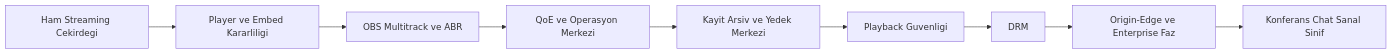
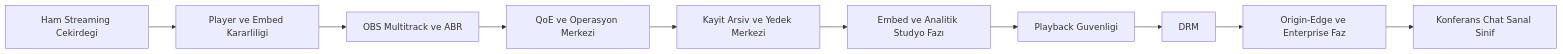
One commit to umitaydogan-sys/stream changed the first of 5 diagrams in yol_haritasi.md. Above: the diagram before and after it, drawn with Mermaid. The commit also changed other lines of this file and 15 other files, not shown here.

Commit message:
Embed studyosu analitik merkezi ve ABR profil fazini ekle

````diff
--- a/yol_haritasi.md
+++ b/yol_haritasi.md
@@ -10,11 +10,12 @@
 ```mermaid
 flowchart LR
     A[Ham Streaming Cekirdegi] --> B[Player ve Embed Kararliligi]
     B --> C[OBS Multitrack ve ABR]
     C --> D[QoE ve Operasyon Merkezi]
     D --> E[Kayit Arsiv ve Yedek Merkezi]
-    E --> F[Playback Guvenligi]
-    F --> G[DRM]
-    G --> H[Origin-Edge ve Enterprise Faz]
-    H --> I[Konferans Chat Sanal Sinif]
+    E --> F[Embed ve Analitik Studyo Fazı]
+    F --> G[Playback Guvenligi]
+    G --> H[DRM]
+    H --> I[Origin-Edge ve Enterprise Faz]
+    I --> J[Konferans Chat Sanal Sinif]
 ```
````
